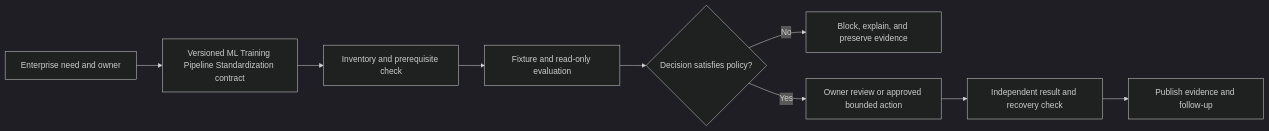
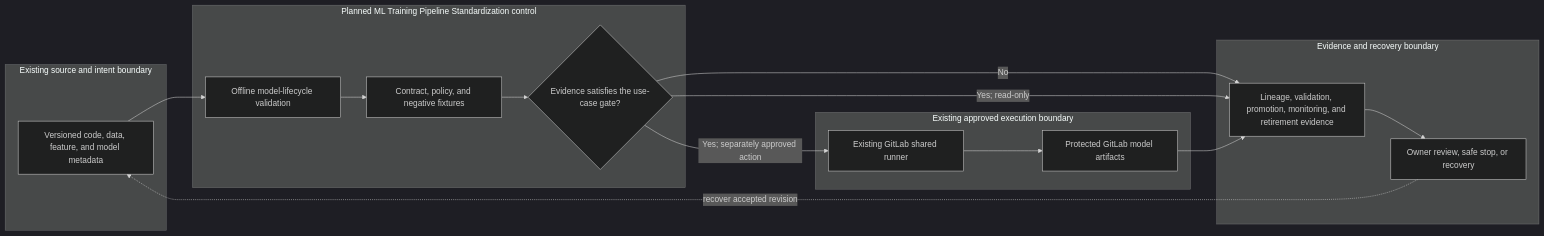
The diagram in docs/use-cases/mlops/UC-MLOPS-002-ml-training-pipeline-standardization.md (MIDHTECH/enterprise-architecture-docs), drawn with Mermaid (dark theme) before and after one commit. The commit also changed other lines of this file and 227 other files, not shown here.

Commit message:
Deepen architecture for all use case designs

````diff
--- a/docs/use-cases/mlops/UC-MLOPS-002-ml-training-pipeline-standardization.md
+++ b/docs/use-cases/mlops/UC-MLOPS-002-ml-training-pipeline-standardization.md
@@ -136,11 +129,25 @@
 ```mermaid
 flowchart LR
-    Need["Enterprise need and owner"] --> Contract["Versioned ML Training Pipeline Standardization contract"]
-    Contract --> Preflight["Inventory and prerequisite check"]
-    Preflight --> Evaluate["Fixture and read-only evaluation"]
-    Evaluate --> Decision{"Decision satisfies policy?"}
-    Decision -->|No| Stop["Block, explain, and preserve evidence"]
-    Decision -->|Yes| Review["Owner review or approved bounded action"]
-    Review --> Verify["Independent result and recovery check"]
-    Verify --> Publish["Publish evidence and follow-up"]
+    subgraph Source["Existing source and intent boundary"]
+        A["Versioned code, data, feature, and model metadata"]
+    end
+    subgraph Planned["Planned ML Training Pipeline Standardization control"]
+        B["Offline model-lifecycle validation"]
+        C["Contract, policy, and negative fixtures"]
+        D{"Evidence satisfies the use-case gate?"}
+    end
+    subgraph Runtime["Existing approved execution boundary"]
+        E["Existing GitLab shared runner"]
+        F["Protected GitLab model artifacts"]
+    end
+    subgraph Assurance["Evidence and recovery boundary"]
+        G["Lineage, validation, promotion, monitoring, and retirement evidence"]
+        H["Owner review, safe stop, or recovery"]
+    end
+
+    A --> B --> C --> D
+    D -->|No| G --> H
+    D -->|Yes; read-only| G
+    D -->|Yes; separately approved action| E --> F --> G
+    H -. recover accepted revision .-> A
 ```
````
